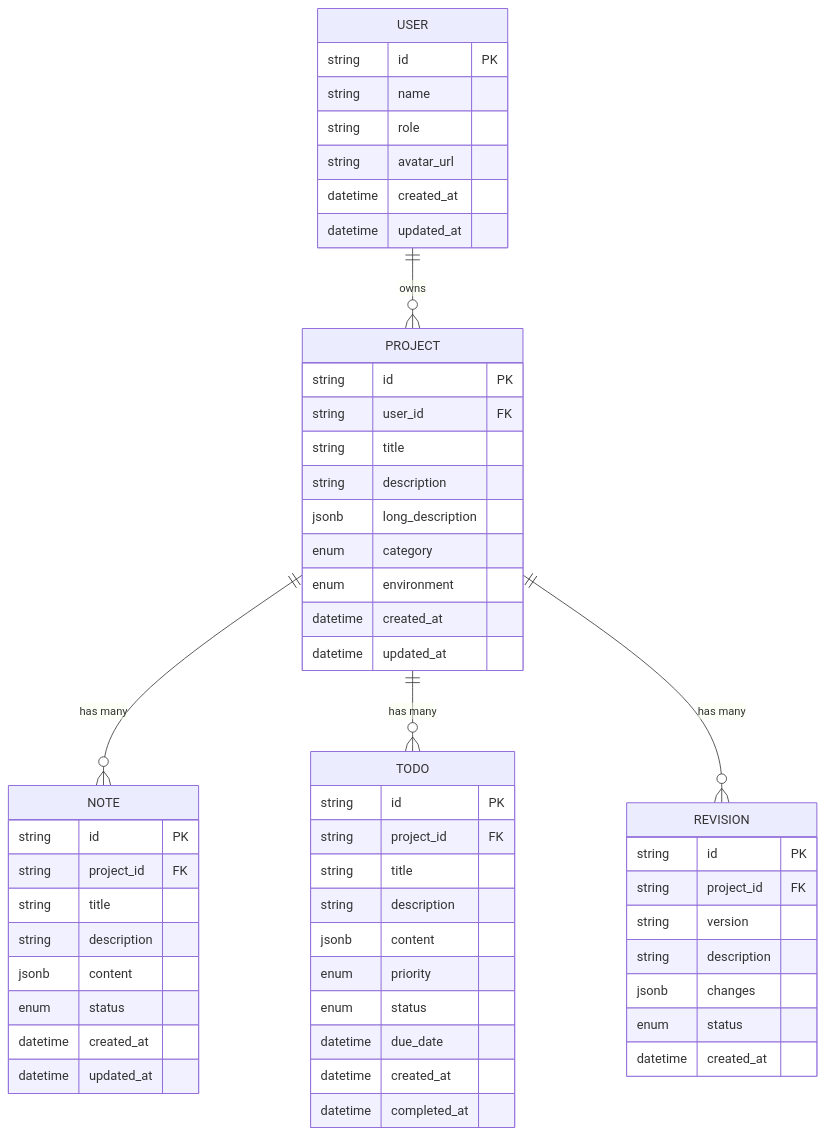
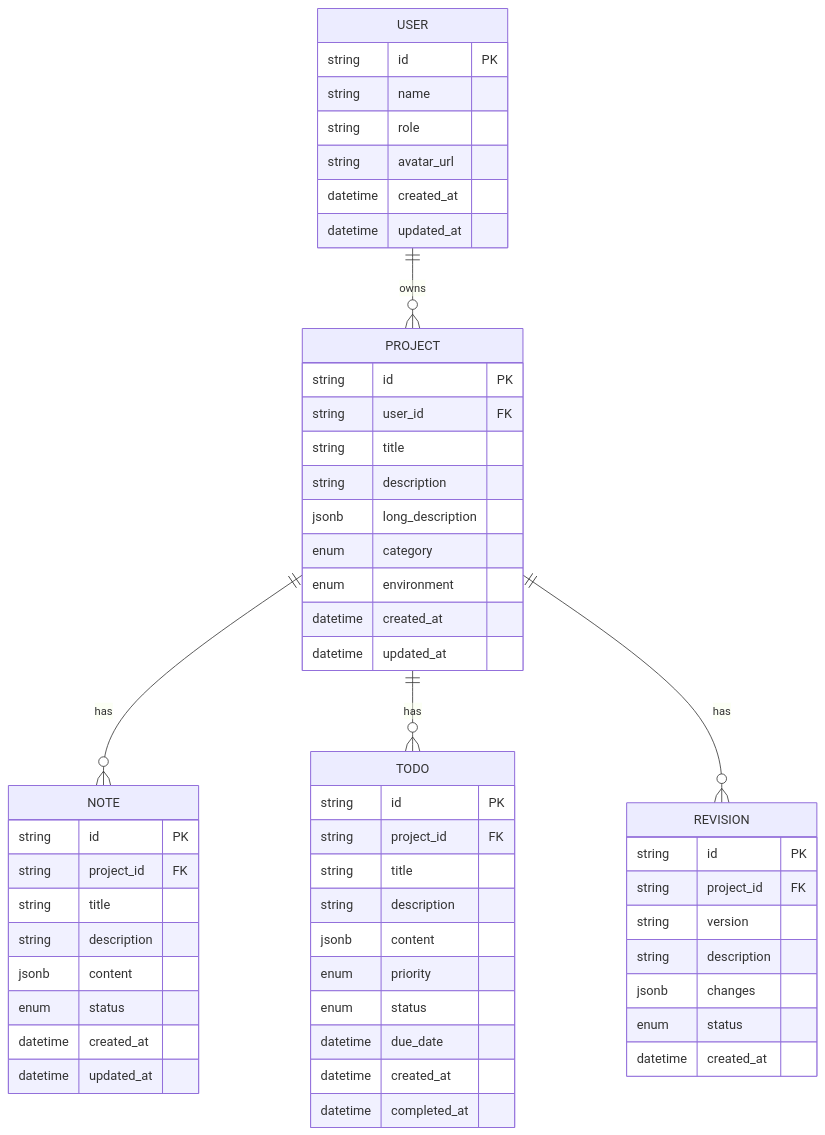
The second of 2 diagrams in README.md (masumrpg/project_manager), drawn with Mermaid before and after one commit. The commit also changed other lines of this file and 5 other files, not shown here.

````diff
--- a/README.md
+++ b/README.md
@@ -98,62 +99,62 @@
 ```mermaid
 erDiagram
     USER {
         string id PK
         string name
         string role
         string avatar_url
         datetime created_at
         datetime updated_at
     }
-    
+
     PROJECT {
         string id PK
         string user_id FK
         string title
         string description
         jsonb long_description
         enum category
         enum environment
         datetime created_at
         datetime updated_at
     }
-    
+
     NOTE {
         string id PK
         string project_id FK
         string title
         string description
         jsonb content
         enum status
         datetime created_at
         datetime updated_at
     }
-    
+
     TODO {
         string id PK
         string project_id FK
         string title
         string description
         jsonb content
         enum priority
         enum status
         datetime due_date
         datetime created_at
         datetime completed_at
     }
-    
+
     REVISION {
         string id PK
         string project_id FK
         string version
         string description
         jsonb changes
         enum status
         datetime created_at
     }
-    
-    USER ||--o{ PROJECT : "owns"
-    PROJECT ||--o{ NOTE : "has many"
-    PROJECT ||--o{ TODO : "has many"
-    PROJECT ||--o{ REVISION : "has many"
+
+    USER ||--o{ PROJECT : owns
+    PROJECT ||--o{ NOTE : has
+    PROJECT ||--o{ TODO : has
+    PROJECT ||--o{ REVISION : has
 ```
````
